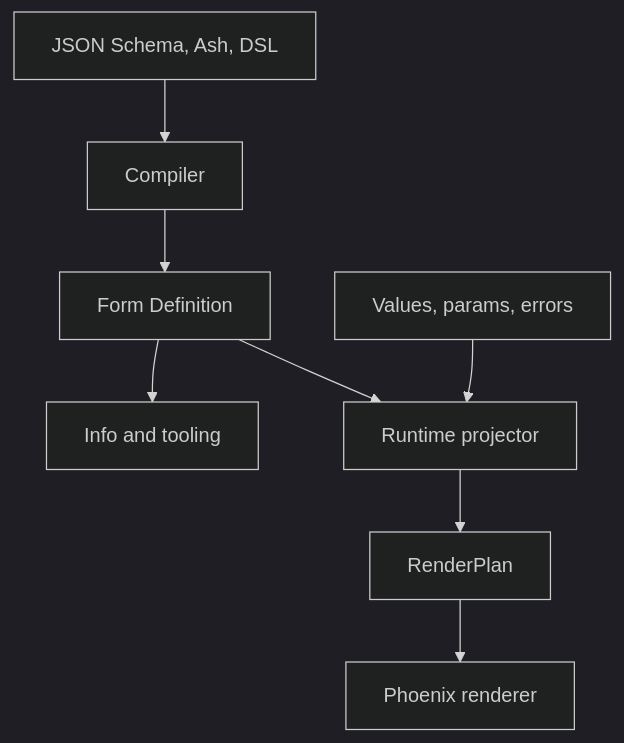
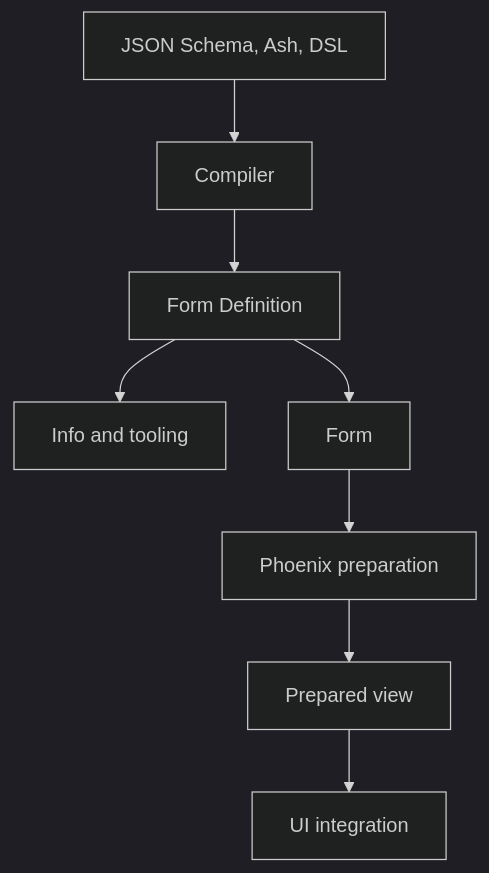
One commit to kioopi/formentation changed the diagram in docs/Formentation/Planning/031-form-definition.md. Above: the diagram before and after it, drawn with Mermaid (dark theme). The commit also changed other lines of this file and 26 other files, not shown here.

First line of the commit message:
Document the renderer and UI integration model (#23)

````diff
--- a/docs/Formentation/Planning/031-form-definition.md
+++ b/docs/Formentation/Planning/031-form-definition.md
@@ -23,10 +28,10 @@
 ```mermaid
 flowchart TD
     A["JSON Schema, Ash, DSL"] --> B["Compiler"]
     B --> C["Form Definition"]
     C --> D["Info and tooling"]
-    C --> E["Runtime projector"]
-    F["Values, params, errors"] --> E
-    E --> G["RenderPlan"]
-    G --> H["Phoenix renderer"]
+    C --> E["Form"]
+    E --> F["Phoenix preparation"]
+    F --> G["Prepared view"]
+    G --> H["UI integration"]
 ```
````
